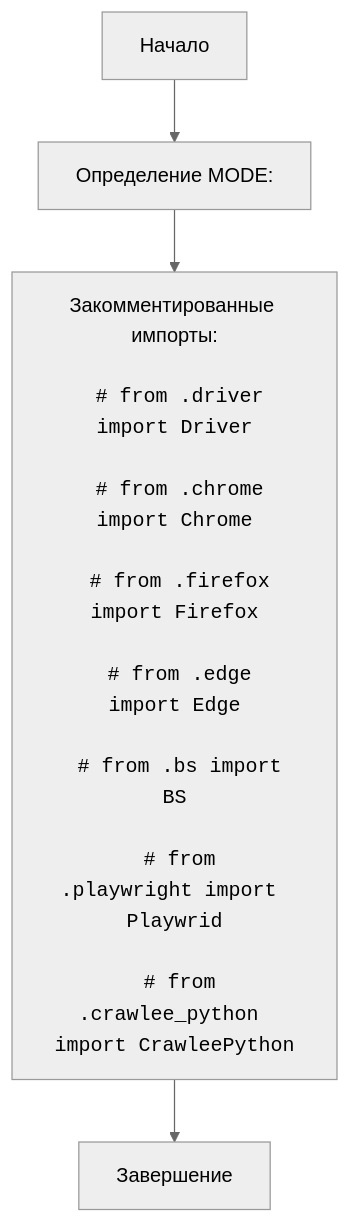
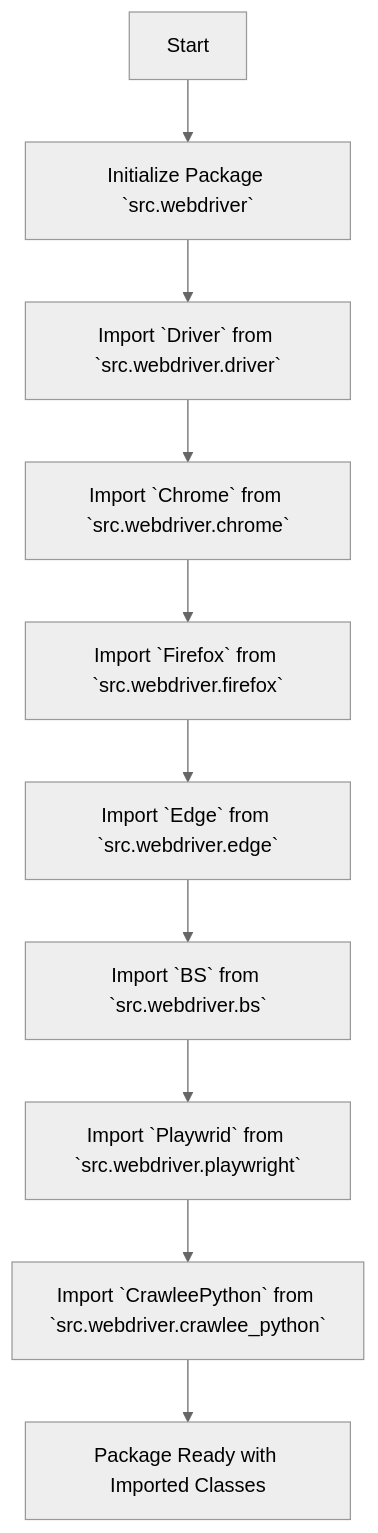
Before and after one commit to hypo69/hypo: the second of 2 diagrams in docs/gemini/ru/explainer/src/webdriver/__init__.py.md, drawn with Mermaid (neutral theme). The commit also changed other lines of this file and 1505 other files, not shown here.

````diff
--- a/docs/gemini/ru/explainer/src/webdriver/__init__.py.md
+++ b/docs/gemini/ru/explainer/src/webdriver/__init__.py.md
@@ -27,13 +47,12 @@
 ```mermaid
 flowchart TD
-    Start[Начало] --> DefineMode[Определение MODE: <br> <code></code>];
-    DefineMode -->  CommentedImports[Закомментированные импорты:<br>
-    <code># from .driver import Driver</code><br>
-    <code># from .chrome import Chrome</code><br>
-    <code># from .firefox import Firefox</code><br>
-    <code># from .edge import Edge</code><br>
-    <code># from .bs import BS</code><br>
-    <code># from .playwright import Playwrid</code><br>
-    <code># from .crawlee_python import CrawleePython</code>]
-    CommentedImports --> End[Завершение];
+    Start --> Init[Initialize Package `src.webdriver`]
+    Init --> ImportDriver[Import `Driver` from `src.webdriver.driver`]
+    ImportDriver --> ImportChrome[Import `Chrome` from `src.webdriver.chrome`]
+    ImportChrome --> ImportFirefox[Import `Firefox` from `src.webdriver.firefox`]
+    ImportFirefox --> ImportEdge[Import `Edge` from `src.webdriver.edge`]
+    ImportEdge --> ImportBS[Import `BS` from `src.webdriver.bs`]
+    ImportBS --> ImportPlaywright[Import `Playwrid` from `src.webdriver.playwright`]
+    ImportPlaywright --> ImportCrawleePython[Import `CrawleePython` from `src.webdriver.crawlee_python`]
+    ImportCrawleePython --> End[Package Ready with Imported Classes]
 ```
````
